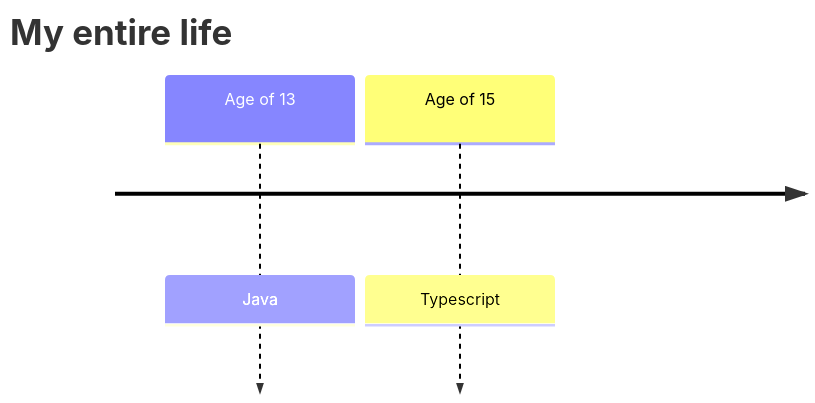
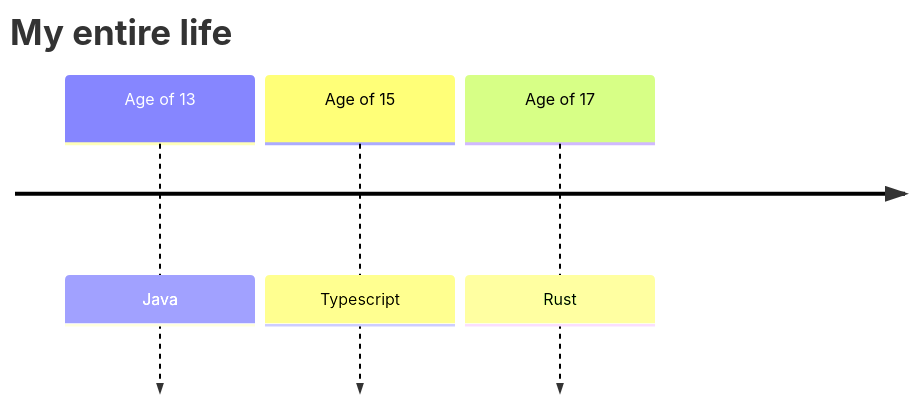
One commit to Sandro642/Sandro642 changed the diagram in README.md. Above: the diagram before and after it, drawn with Mermaid.

````diff
--- a/README.md
+++ b/README.md
@@ -3,6 +3,7 @@
 ```mermaid
 timeline
 title My entire life
 Age of 13 : Java
 Age of 15 : Typescript
+Age of 17 : Rust
 ```
````
